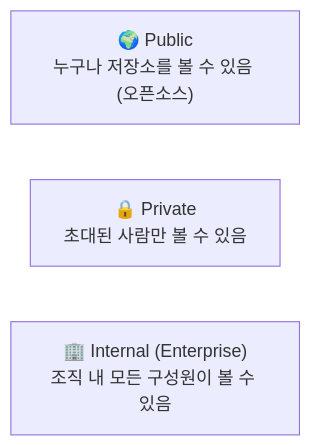
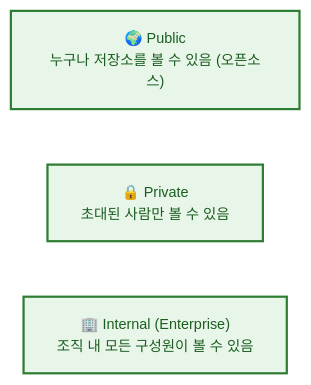
Before and after one commit to jingu279/Document: the second of 2 diagrams in git/06_GitHub/01_GitHub_소개.md, drawn with Mermaid. The commit also changed other lines of this file and 24 other files, not shown here.

First line of the commit message:
Git 문서 전체 Mermaid 다이어그램 스타일링 통일

````diff
--- a/git/06_GitHub/01_GitHub_소개.md
+++ b/git/06_GitHub/01_GitHub_소개.md
@@ -81,6 +87,12 @@
 ```mermaid
+%%{init: {'theme': 'base', 'themeVariables': {'fontSize': '13px'}}}%%
 flowchart LR
-  Public["🌍 Public<br/>누구나 저장소를 볼 수 있음 (오픈소스)"]
-  Private["🔒 Private<br/>초대된 사람만 볼 수 있음"]
-  Internal["🏢 Internal (Enterprise)<br/>조직 내 모든 구성원이 볼 수 있음"]
+  classDef main fill:#fff3e0,stroke:#e65100,stroke-width:2px,color:#bf360c
+  classDef sub fill:#e8f5e9,stroke:#2e7d32,stroke-width:2px,color:#1b5e20
+  classDef proc fill:#e3f2fd,stroke:#1565c0,stroke-width:2px,color:#0d47a1
+  classDef decision fill:#fff9c4,stroke:#f9a825,stroke-width:2px,color:#e65100
+  classDef highlight fill:#f3e5f5,stroke:#6a1b9a,stroke-width:2px,color:#4a148c
+  Public["🌍 Public<br/>누구나 저장소를 볼 수 있음 (오픈소스)"]:::sub
+  Private["🔒 Private<br/>초대된 사람만 볼 수 있음"]:::sub
+  Internal["🏢 Internal (Enterprise)<br/>조직 내 모든 구성원이 볼 수 있음"]:::sub
 ```
````
